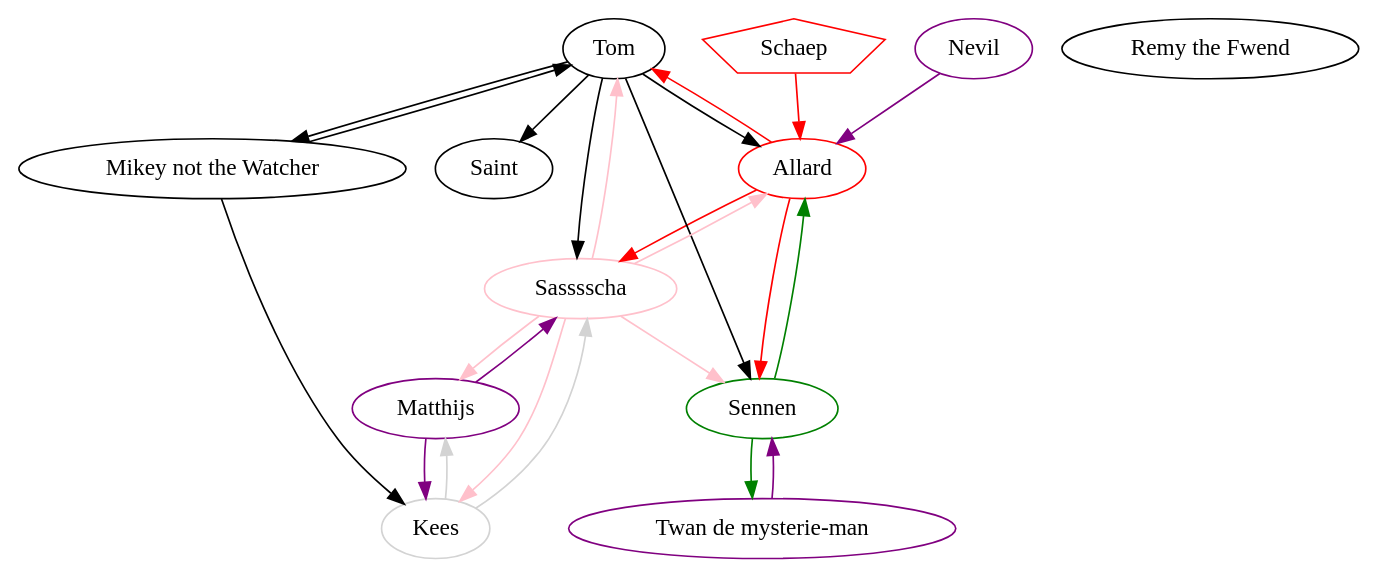
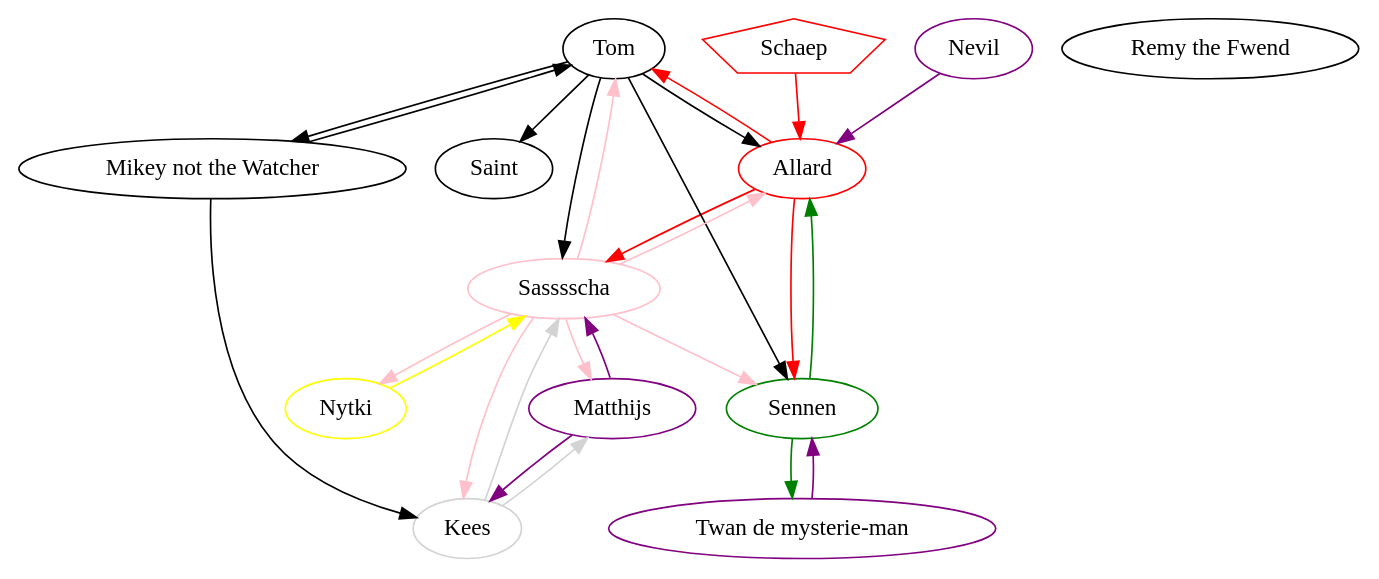
Before and after one commit to Abyss-mal-Graphics/Graphs.dot: the diagram in graphs/ships.dot, drawn with Graphviz.

Commit message:
Update ships.dot
Nytki toegevoegd

```diff
--- a/graphs/ships.dot
+++ b/graphs/ships.dot
@@ -1,81 +1,88 @@
 digraph {
     Saint;
 
     Remy [label="Remy the Fwend"];
 
     subgraph Allard {
         edge [color=red];
         Allard [color=red];
         Allard->Tom;
         Allard->Sas;
         Allard->Sennen;
     }
 
     subgraph Tom {
         edge [color=black]; // 🤷, does absolutely nothing
         Tom;
         Tom->Allard;
         Tom->Saint;
         Tom->Sennen;
         Tom->Sas;
         Tom->Mikey
     }
 
     subgraph Sas {
         edge [color=pink];
         Sas [color=pink label="Sasssscha"];
         Sas->Allard;
         Sas->Tom;
         Sas->Sennen;
         Sas->Kees;
         Sas->Matthijs;
+        Sas->Nytki;
     }
 
     subgraph Kees {
         edge [color=lightgrey];
         Kees [color=lightgrey];
         Kees->Sas;
         Kees->Matthijs;
     }
 
     subgraph Matthijs {
         edge [color=purple];
         Matthijs [color=purple];
         Matthijs->Sas;
         Matthijs->Kees;
     }
     
     subgraph Mikey {
         Mikey [label="Mikey not the Watcher"];
         Mikey->Tom
         Mikey->Kees
     }
     
     subgraph Twan {
     edge [color=purple];
         Twan [color=purple];
         Twan [label="Twan de mysterie-man"];
         Twan->Sennen
     }
     
     subgraph Sheep {
         Sheep  [shape=polygon,sides=5];
     edge [color=red];
         Sheep [color=red];
         Sheep [label="Schaep"];
         Sheep->Allard;
     }
 
     subgraph Sennen {
     edge [color=green];
         Sennen [color=green];
         Sennen->Twan;
         Sennen->Allard;
     }
     
     subgraph Nevil {
     edge [color=Purple];
         Nevil [color=purple];
         Nevil->Allard;
     }
+    
+    subgraph Nytki {
+    edge [color=yellow];
+        Nytki [color=yellow];
+        Nytki->Sas;
+    }
 }
```
